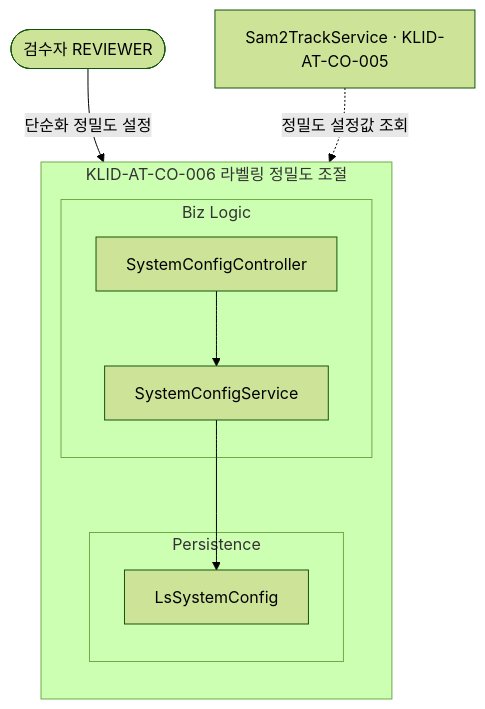
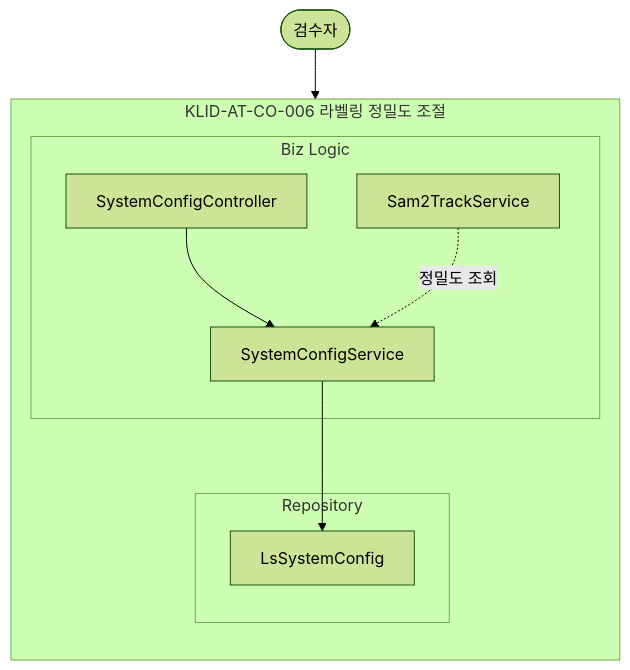
Before and after one commit to New-stella/klid-label: the sixth of 18 diagrams in docs/design/D3-컴포넌트설계서.md, drawn with Mermaid (forest theme). The commit also changed other lines of this file and 7 other files, not shown here.

````diff
--- a/docs/design/D3-컴포넌트설계서.md
+++ b/docs/design/D3-컴포넌트설계서.md
@@ -199,19 +200,19 @@
 ```mermaid
 flowchart TD
-    REVIEWER([검수자 REVIEWER])
+    REVIEWER([검수자])
     subgraph CO006[KLID-AT-CO-006 라벨링 정밀도 조절]
         direction TB
         subgraph BIZ6[Biz Logic]
             SCC[SystemConfigController]
-            SCS[SystemConfigService]
+            SCS6[SystemConfigService]
+            STS6[Sam2TrackService]
         end
-        subgraph PER6[Persistence]
-            LSC[LsSystemConfig]
+        subgraph REP6[Repository]
+            CFG[LsSystemConfig]
         end
-        SCC --> SCS
-        SCS --> LSC
+        SCC --> SCS6
+        SCS6 --> CFG
+        STS6 -.정밀도 조회.-> SCS6
     end
-    STS[Sam2TrackService · KLID-AT-CO-005]
-    REVIEWER -->|단순화 정밀도 설정| SCC
-    STS -.->|정밀도 설정값 조회| SCS
+    REVIEWER --> SCC
 ```
````
